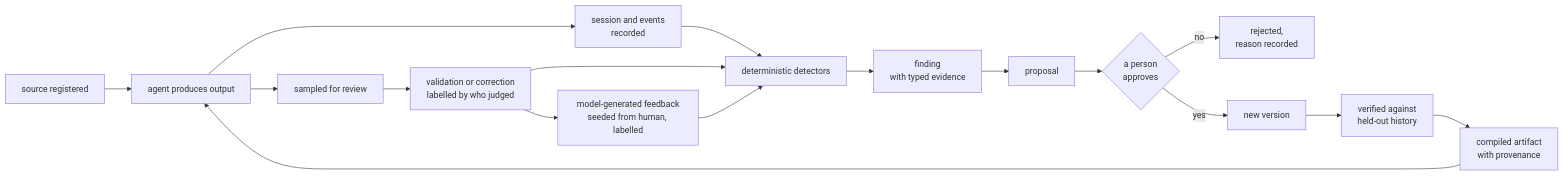
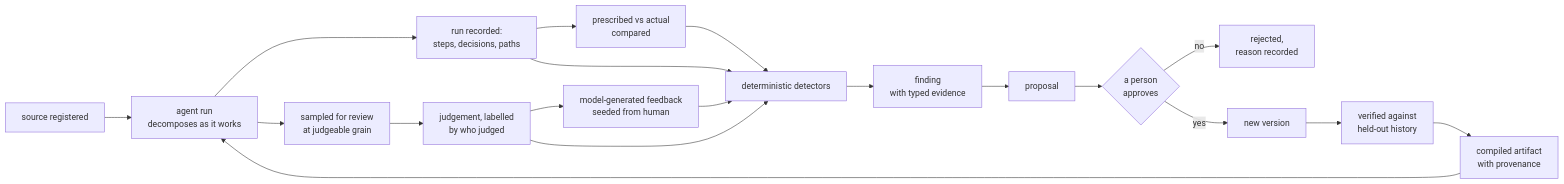
Before and after one commit to fblissjr/freudagent: the diagram in docs/data-flywheel.md, drawn with Mermaid. The commit also changed other lines of this file and 7 other files, not shown here.

````diff
--- a/docs/data-flywheel.md
+++ b/docs/data-flywheel.md
@@ -325,19 +503,21 @@
 ```mermaid
 flowchart LR
-  S["source registered"] --> A["agent produces output"]
-  A --> B["session and events<br/>recorded"]
-  A --> H["sampled for review"]
-  H --> C["validation or correction<br/>labelled by who judged"]
-  C --> M["model-generated feedback<br/>seeded from human, labelled"]
+  S["source registered"] --> A["agent run<br/>decomposes as it works"]
+  A --> B["run recorded:<br/>steps, decisions, paths"]
+  A --> H["sampled for review<br/>at judgeable grain"]
+  H --> C["judgement, labelled<br/>by who judged"]
+  C --> M["model-generated feedback<br/>seeded from human"]
+  B --> P["prescribed vs actual<br/>compared"]
   B --> D["deterministic detectors"]
   C --> D
   M --> D
+  P --> D
   D --> E["finding<br/>with typed evidence"]
   E --> F["proposal"]
   F --> G{"a person<br/>approves"}
   G -->|"no"| X["rejected,<br/>reason recorded"]
   G -->|"yes"| I["new version"]
   I --> V["verified against<br/>held-out history"]
   V --> J["compiled artifact<br/>with provenance"]
   J --> A
 ```
````
